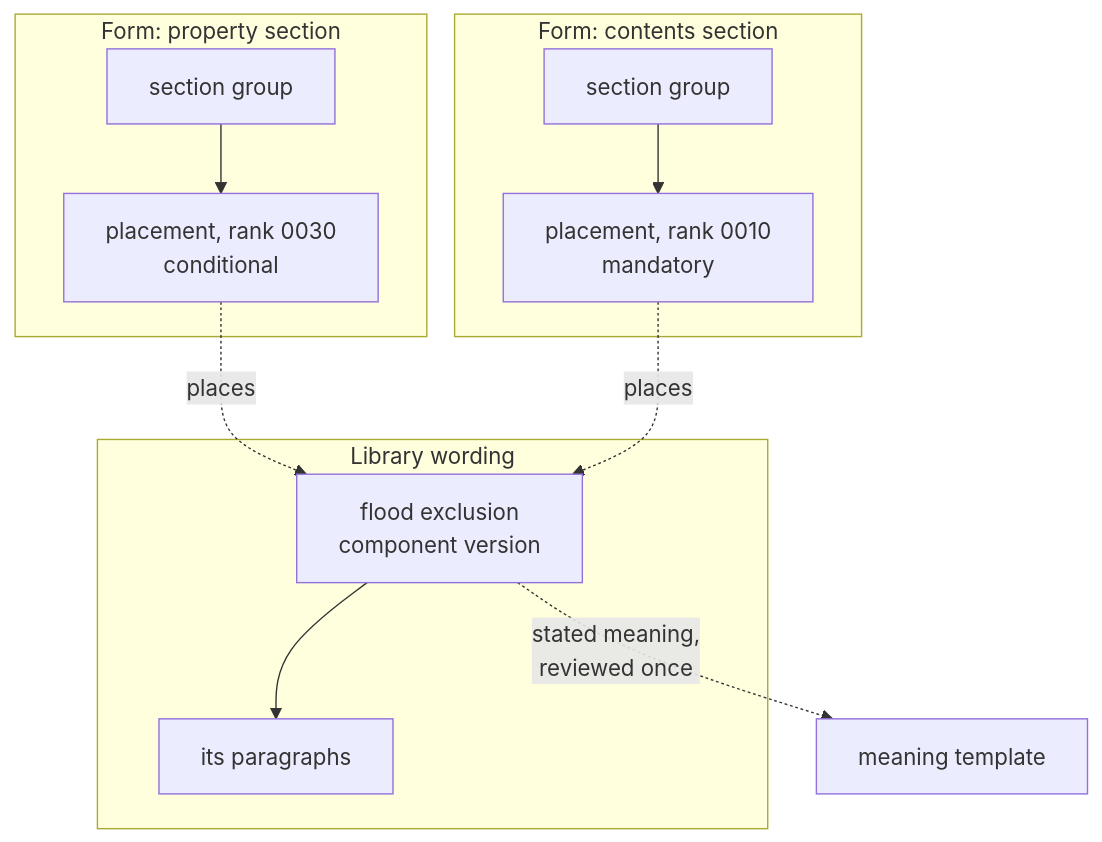
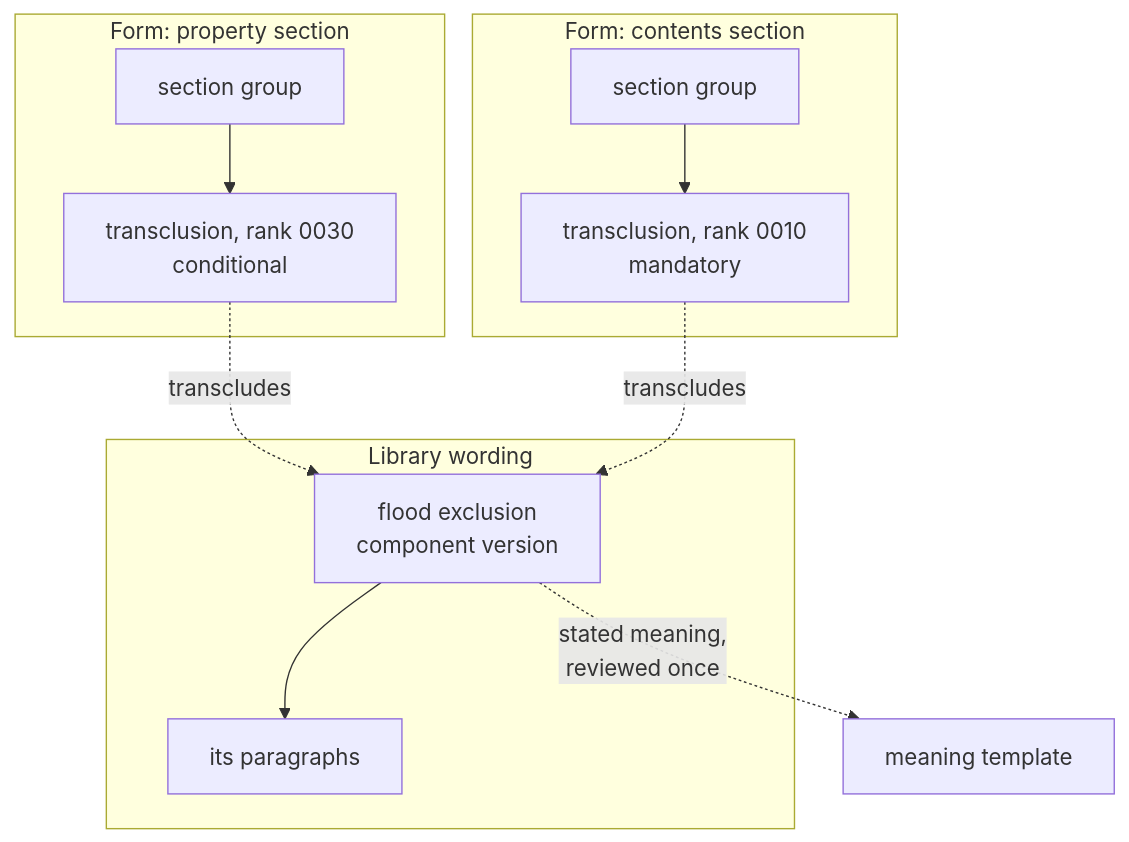
One commit to nebularis/lattice changed the fifth of 6 diagrams in docs/developer/sketches/insurml-bridge.md. Above: the diagram before and after it, drawn with Mermaid. The commit also changed other lines of this file and 11 other files, not shown here.

````diff
--- a/docs/developer/sketches/insurml-bridge.md
+++ b/docs/developer/sketches/insurml-bridge.md
@@ -313,15 +317,15 @@
 ```mermaid
 flowchart TB
     subgraph F1["Form: property section"]
-        G1["section group"] --> P1["placement, rank 0030<br/>conditional"]
+        G1["section group"] --> P1["transclusion, rank 0030<br/>conditional"]
     end
     subgraph F2["Form: contents section"]
-        G2["section group"] --> P2["placement, rank 0010<br/>mandatory"]
+        G2["section group"] --> P2["transclusion, rank 0010<br/>mandatory"]
     end
     subgraph LIB["Library wording"]
         C["flood exclusion<br/>component version"] --> T["its paragraphs"]
     end
-    P1 -. "places" .-> C
-    P2 -. "places" .-> C
+    P1 -. "transcludes" .-> C
+    P2 -. "transcludes" .-> C
     C -. "stated meaning,<br/>reviewed once" .-> M["meaning template"]
 ```
````
